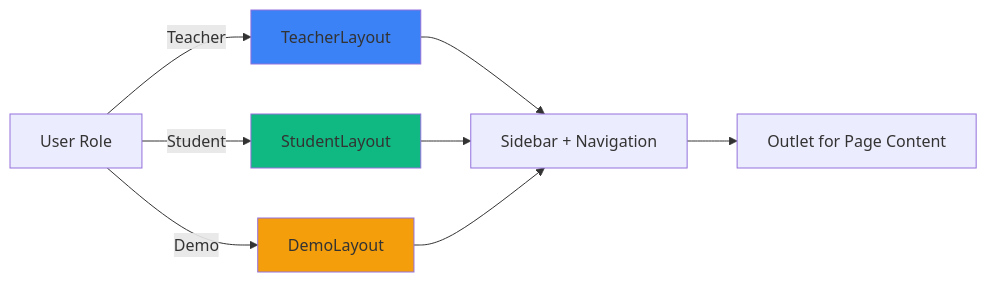
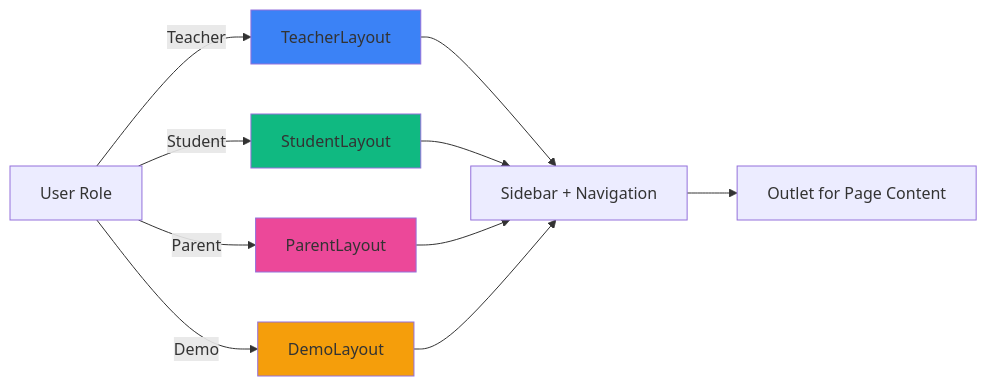
The third of 20 diagrams in ARCHITECTURE.md (lil-id/ajarinaja), drawn with Mermaid before and after one commit. The commit also changed other lines of this file and 6 other files, not shown here.

````diff
--- a/ARCHITECTURE.md
+++ b/ARCHITECTURE.md
@@ -200,16 +202,19 @@
 ```mermaid
 graph LR
     A[User Role] -->|Teacher| B[TeacherLayout]
     A -->|Student| C[StudentLayout]
+    A -->|Parent| P[ParentLayout]
     A -->|Demo| D[DemoLayout]
     
     B --> E[Sidebar + Navigation]
     C --> E
+    P --> E
     D --> E
     
     E --> F[Outlet for Page Content]
     
     style B fill:#3b82f6
     style C fill:#10b981
+    style P fill:#ec4899
     style D fill:#f59e0b
 ```
````
